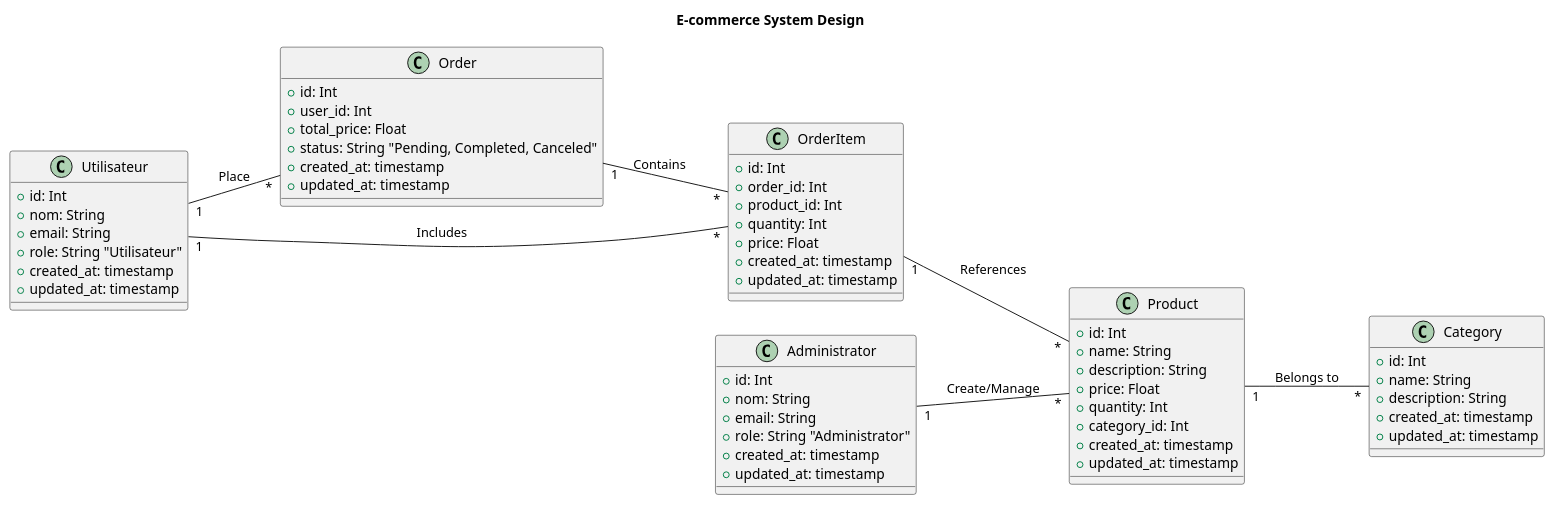
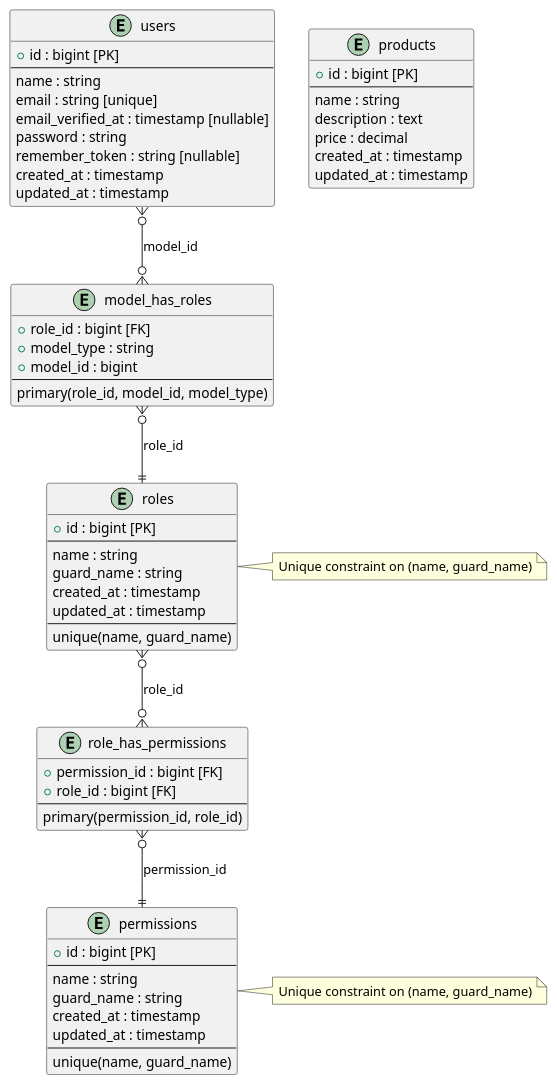
One commit to samir20-23/Ecommerce_App changed the diagram in B_technique/Conception/diagramme-de-class.plantuml. Above: the diagram before and after it, drawn with PlantUML. The commit also changed 174 other files, not shown here.

```diff
--- a/B_technique/Conception/diagramme-de-class.plantuml
+++ b/B_technique/Conception/diagramme-de-class.plantuml
@@ -1,84 +1,77 @@
 @startuml
-left to right direction
-
-title E-commerce System Design
-
-' Define the Utilisateur (User) class with role as an attribute
-class Utilisateur {
-    +id: Int
-    +nom: String
-    +email: String
-    +role: String "Utilisateur"
-    +created_at: timestamp
-    +updated_at: timestamp
+' Define entities (tables)
+entity users {
+    + id : bigint [PK]
+    --
+    name : string
+    email : string [unique]
+    email_verified_at : timestamp [nullable]
+    password : string
+    remember_token : string [nullable]
+    created_at : timestamp
+    updated_at : timestamp
 }
 
-' Define the Administrator class which extends Utilisateur
-class Administrator {
-    +id: Int
-    +nom: String
-    +email: String
-    +role: String "Administrator"
-    +created_at: timestamp
-    +updated_at: timestamp
+entity products {
+    + id : bigint [PK]
+    --
+    name : string
+    description : text
+    price : decimal
+    created_at : timestamp
+    updated_at : timestamp
 }
 
-' Define the Product class with attributes related to product information
-class Product {
-    +id: Int
-    +name: String
-    +description: String
-    +price: Float
-    +quantity: Int
-    +category_id: Int
-    +created_at: timestamp
-    +updated_at: timestamp
+entity permissions {
+    + id : bigint [PK]
+    --
+    name : string
+    guard_name : string
+    created_at : timestamp
+    updated_at : timestamp
+    --
+    unique(name, guard_name)
 }
 
-' Define the Category class to organize products
-class Category {
-    +id: Int
-    +name: String
-    +description: String
-    +created_at: timestamp
-    +updated_at: timestamp
+entity roles {
+    + id : bigint [PK]
+    --
+    name : string
+    guard_name : string
+    created_at : timestamp
+    updated_at : timestamp
+    --
+    unique(name, guard_name)
 }
 
-' Define the Order class for handling user purchases
-class Order {
-    +id: Int
-    +user_id: Int
-    +total_price: Float
-    +status: String "Pending, Completed, Canceled"
-    +created_at: timestamp
-    +updated_at: timestamp
+entity role_has_permissions {
+    + permission_id : bigint [FK]
+    + role_id : bigint [FK]
+    --
+    primary(permission_id, role_id)
 }
 
-' Define the OrderItem class for managing products in an order
-class OrderItem {
-    +id: Int
-    +order_id: Int
-    +product_id: Int
-    +quantity: Int
-    +price: Float
-    +created_at: timestamp
-    +updated_at: timestamp
+entity model_has_roles {
+    + role_id : bigint [FK]
+    + model_type : string
+    + model_id : bigint
+    --
+    primary(role_id, model_id, model_type)
 }
 
-' Define the relationships between classes
+' Define relationships
+users }o--o{ model_has_roles : "model_id"
+model_has_roles }o--|| roles : "role_id"
+roles }o--o{ role_has_permissions : "role_id"
+role_has_permissions }o--|| permissions : "permission_id"
 
-' Administrator can create and manage products
-Administrator "1" -- "*" Product : "Create/Manage"
+' Optional: Add notes or comments
+note right of permissions
+    Unique constraint on (name, guard_name)
+end note
 
-' Utilisateur can place orders
-Utilisateur "1" -- "*" Order : "Place"
-Utilisateur "1" -- "*" OrderItem : "Includes"
+note right of roles
+    Unique constraint on (name, guard_name)
+end note
 
-' Order contains OrderItems with products
-Order "1" -- "*" OrderItem : "Contains"
-OrderItem "1" -- "*" Product : "References"
-
-' Products are classified under categories
-Product "1" -- "*" Category : "Belongs to"
-
-@enduml
+@enduml 
```
